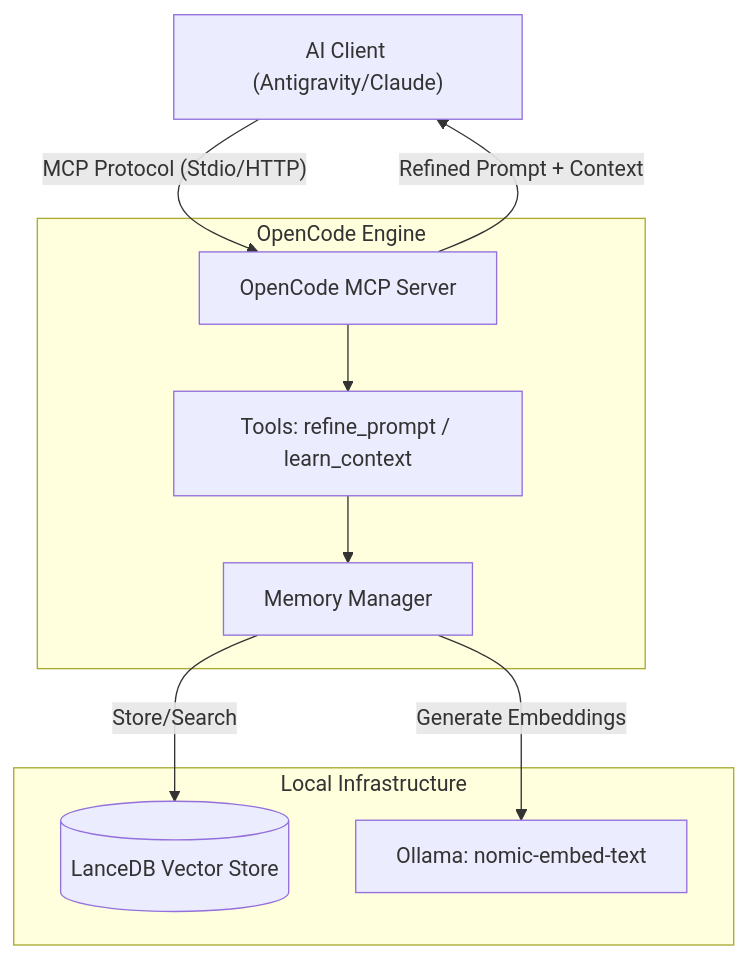
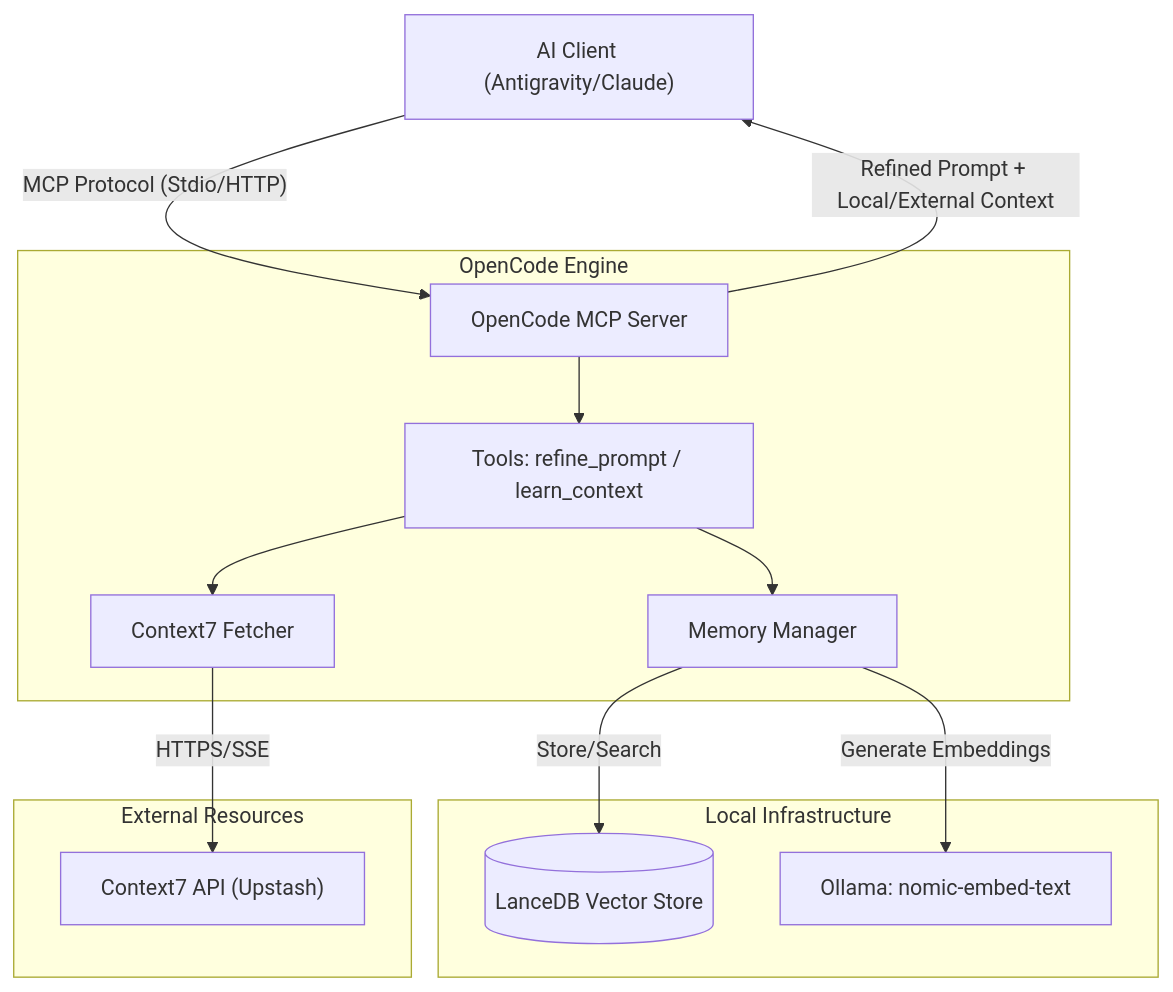
Before and after one commit to marlondivino/open-code-as-mcp: the first of 2 diagrams in README.md, drawn with Mermaid. The commit also changed other lines of this file and 2 other files, not shown here.

Commit message:
feat: integrate Context7 real-time documentation retrieval and implement local prompt refinement via Ollama

````diff
--- a/README.md
+++ b/README.md
@@ -22,16 +31,21 @@
 ```mermaid
 graph TD
     Client["AI Client (Antigravity/Claude)"] -- "MCP Protocol (Stdio/HTTP)" --> Server["OpenCode MCP Server"]
 
     subgraph "OpenCode Engine"
         Server --> Tools["Tools: refine_prompt / learn_context"]
         Tools --> Memory["Memory Manager"]
+        Tools --> Docs["Context7 Fetcher"]
     end
 
     subgraph "Local Infrastructure"
         Memory -- "Store/Search" --> LDB[("LanceDB Vector Store")]
         Memory -- "Generate Embeddings" --> OLL["Ollama: nomic-embed-text"]
     end
 
-    Server -- "Refined Prompt + Context" --> Client
+    subgraph "External Resources"
+        Docs -- "HTTPS/SSE" --> C7["Context7 API (Upstash)"]
+    end
+
+    Server -- "Refined Prompt + Local/External Context" --> Client
 ```
````
